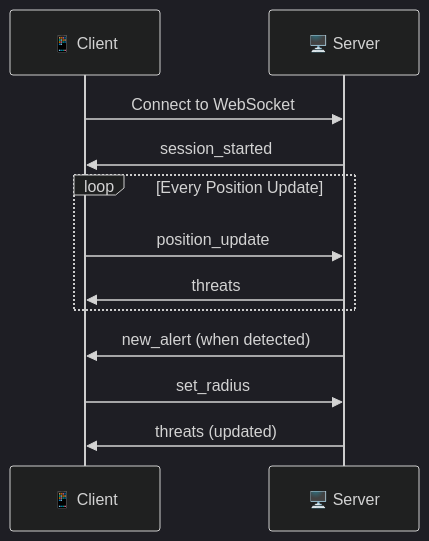
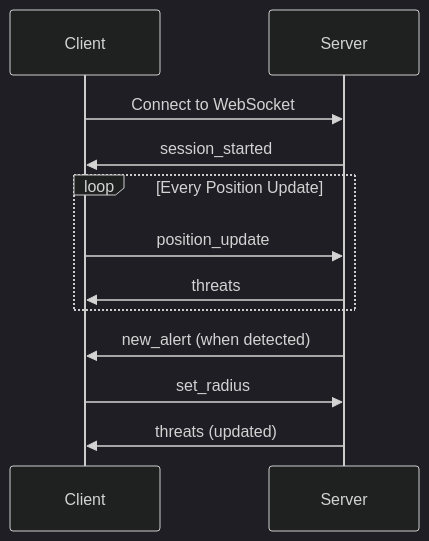
The sixth of 6 diagrams in docs/features/cannonball-mode.md (CHA0S-CORP/SkySpyDocs), drawn with Mermaid (dark theme) before and after one commit. The commit also changed other lines of this file, not shown here.

````diff
--- a/docs/features/cannonball-mode.md
+++ b/docs/features/cannonball-mode.md
@@ -731,18 +669,18 @@
 ```mermaid
 sequenceDiagram
-    participant C as 📱 Client
-    participant S as 🖥️ Server
+    participant C as Client
+    participant S as Server
 
     C->>S: Connect to WebSocket
     S->>C: session_started
 
     loop Every Position Update
         C->>S: position_update
         S->>C: threats
     end
 
     S->>C: new_alert (when detected)
 
     C->>S: set_radius
     S->>C: threats (updated)
 ```
````
